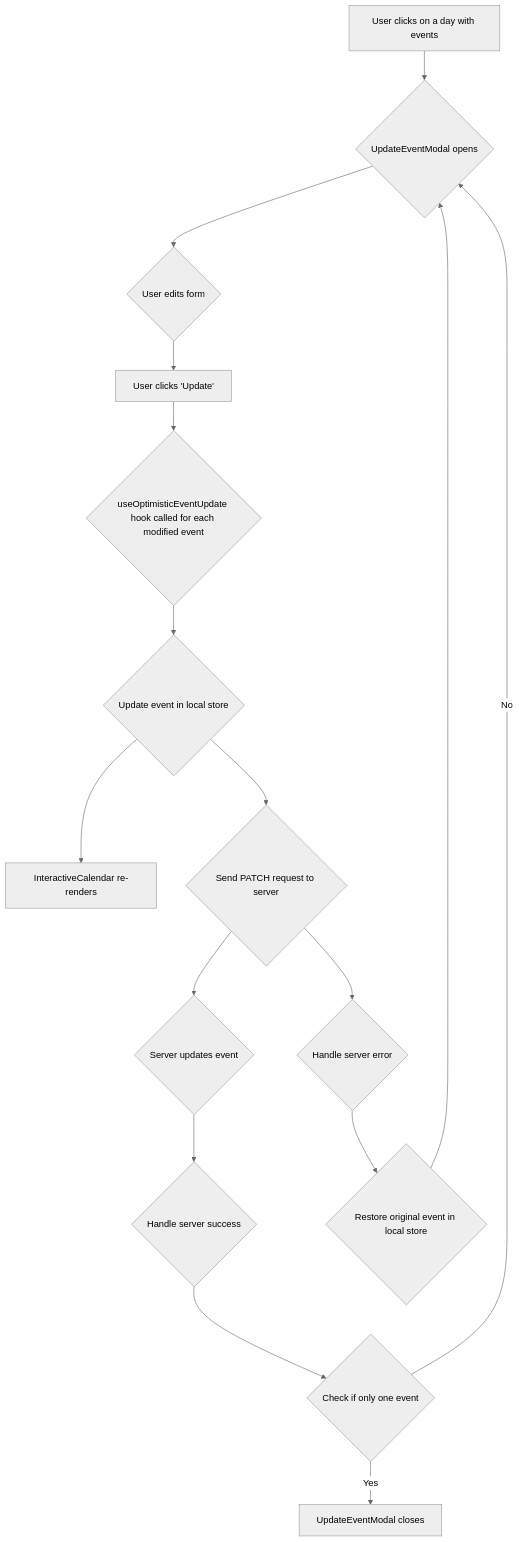
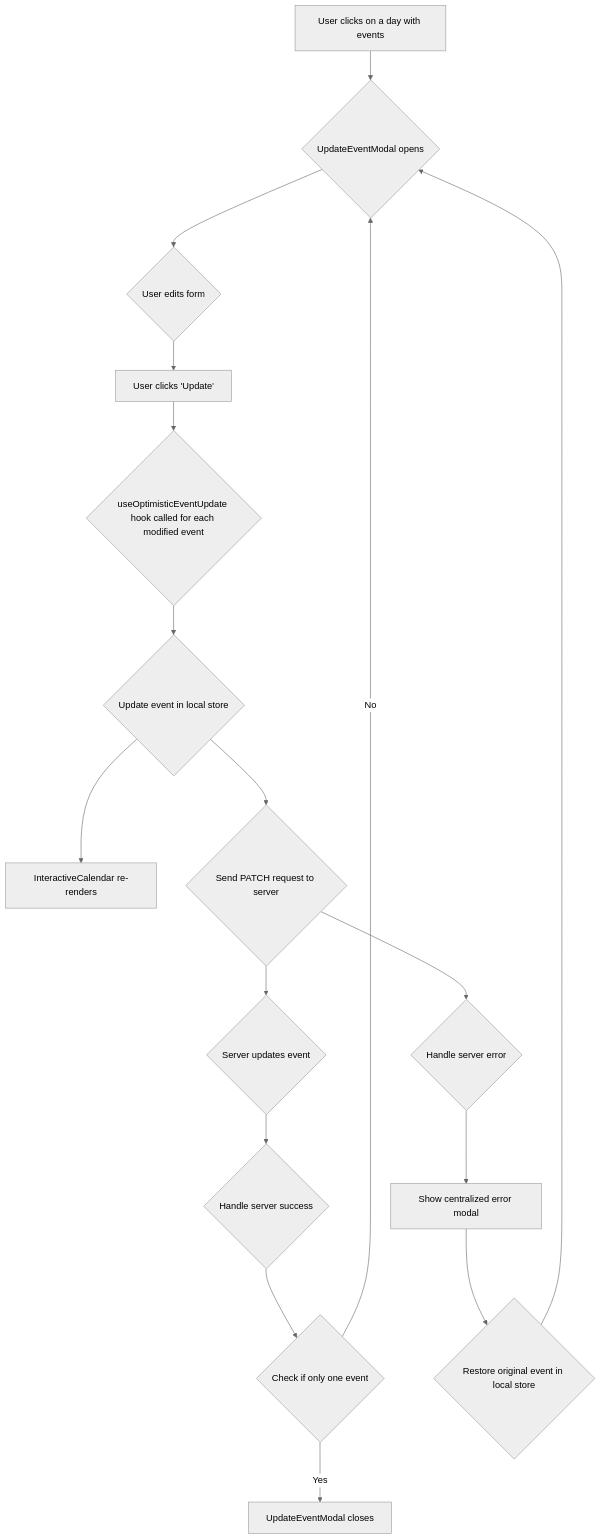
The second of 5 diagrams in README.md (smoothdev35/print-calendar-2025), drawn with Mermaid (neutral theme) before and after one commit. The commit also changed other lines of this file and 15 other files, not shown here.

First line of the commit message:
feat(forms): implement standardized form handling and centralized error modal

````diff
--- a/README.md
+++ b/README.md
@@ -138,18 +181,19 @@
 ```mermaid
 graph TD
     A[User clicks on a day with events] --> B{UpdateEventModal opens};
     B --> C{User edits form};
     C --> D[User clicks 'Update'];
     D --> E{useOptimisticEventUpdate hook called for each modified event};
     E --> F{Update event in local store};
     F --> G[InteractiveCalendar re-renders];
     F --> H{Send PATCH request to server};
     H --> I{Server updates event};
     I --> J{Handle server success};
     J --> K{Check if only one event};
     K -- Yes --> L[UpdateEventModal closes];
     K -- No --> B;
     H --> M{Handle server error};
-    M --> N{Restore original event in local store};
+    M --> ShowErrorModal[Show centralized error modal];
+    ShowErrorModal --> N{Restore original event in local store};
     N --> B;
 ```
````
